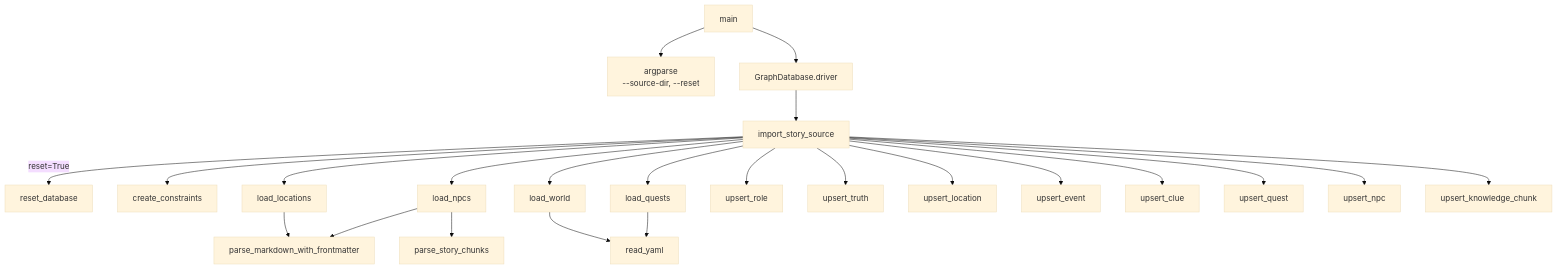
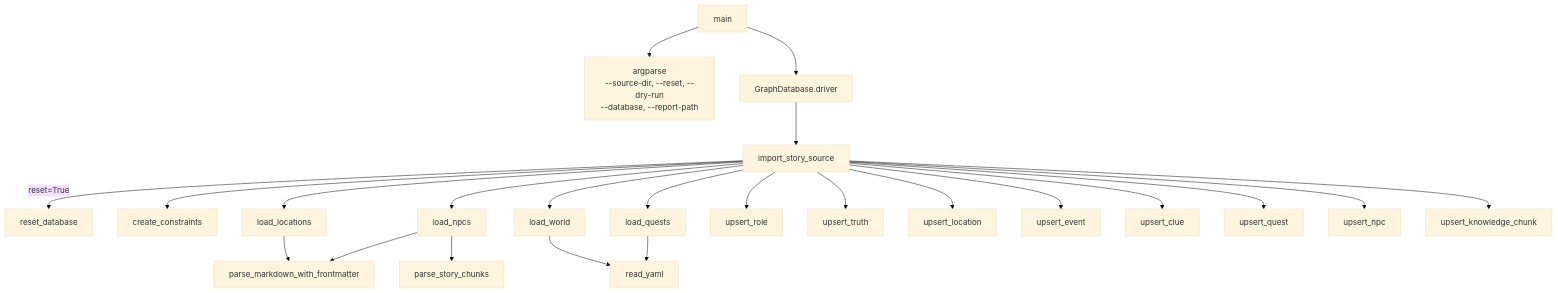
One commit to HRDI0/npc_persona changed the fourth of 20 diagrams in docs/system_architecture.md. Above: the diagram before and after it, drawn with Mermaid (base theme). The commit also changed other lines of this file, not shown here.

````diff
--- a/docs/system_architecture.md
+++ b/docs/system_architecture.md
@@ -119,47 +123,47 @@
 ```mermaid
 flowchart TD
     Main[main]
-    Args[argparse\n--source-dir, --reset]
+    Args[argparse\n--source-dir, --reset, --dry-run\n--database, --report-path]
     Driver[GraphDatabase.driver]
     Import[import_story_source]
     Reset[reset_database]
     Constraints[create_constraints]
     LoadNPC[load_npcs]
     LoadLoc[load_locations]
     LoadQuest[load_quests]
     LoadWorld[load_world]
     ParseFM[parse_markdown_with_frontmatter]
     ParseChunks[parse_story_chunks]
     YAML[read_yaml]
     UpRole[upsert_role]
     UpTruth[upsert_truth]
     UpLoc[upsert_location]
     UpEvent[upsert_event]
     UpClue[upsert_clue]
     UpQuest[upsert_quest]
     UpNPC[upsert_npc]
     UpChunk[upsert_knowledge_chunk]
 
     Main --> Args
     Main --> Driver
     Driver --> Import
     Import -->|reset=True| Reset
     Import --> Constraints
     Import --> LoadNPC
     Import --> LoadLoc
     Import --> LoadQuest
     Import --> LoadWorld
     LoadNPC --> ParseFM
     LoadNPC --> ParseChunks
     LoadLoc --> ParseFM
     LoadQuest --> YAML
     LoadWorld --> YAML
     Import --> UpRole
     Import --> UpTruth
     Import --> UpLoc
     Import --> UpEvent
     Import --> UpClue
     Import --> UpQuest
     Import --> UpNPC
     Import --> UpChunk
 ```
````
